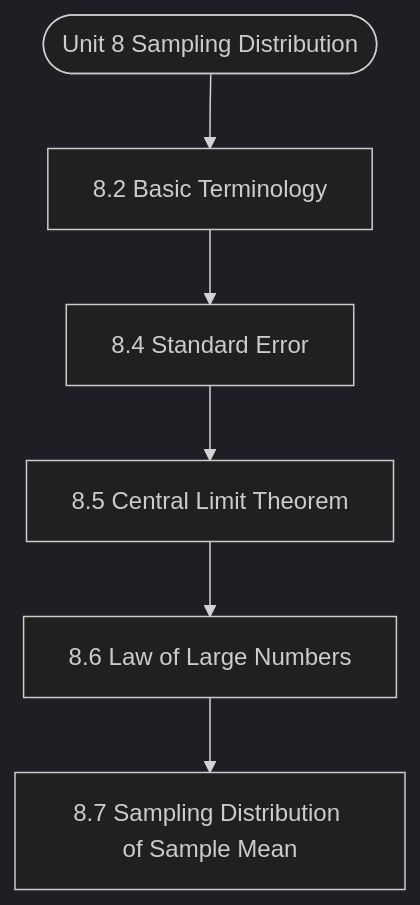
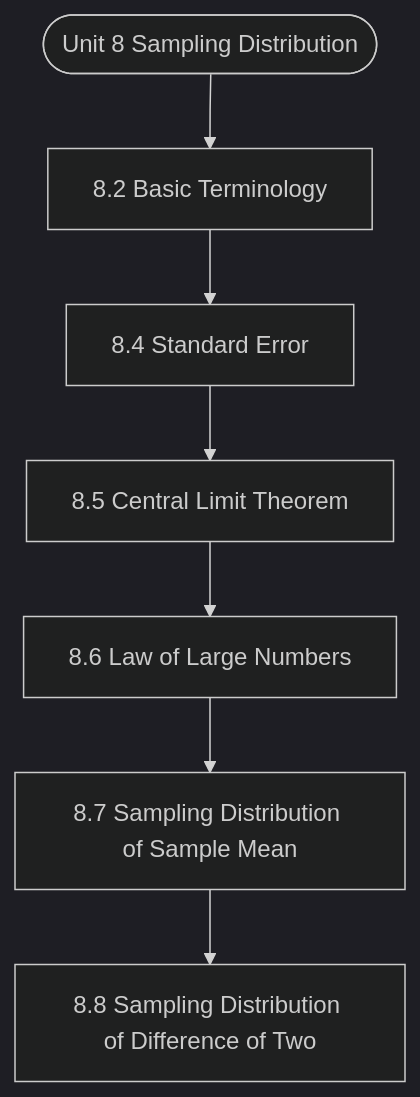
Before and after one commit to Asutosh-Coaching/mscdsa: the diagram in notes/Semester_2/MCS-066_Mathematical_Foundations_-_II/unit_08_Sampling_Distribution.md, drawn with Mermaid (dark theme). The commit also changed other lines of this file and 116 other files, not shown here.

````diff
--- a/notes/Semester_2/MCS-066_Mathematical_Foundations_-_II/unit_08_Sampling_Distribution.md
+++ b/notes/Semester_2/MCS-066_Mathematical_Foundations_-_II/unit_08_Sampling_Distribution.md
@@ -19,14 +19,16 @@
 ```mermaid
 flowchart TD
   Start(["Unit 8 Sampling Distribution"])
   N1["8.2 Basic Terminology"]
   N2["8.4 Standard Error"]
   N3["8.5 Central Limit Theorem"]
   N4["8.6 Law of Large Numbers"]
   N5["8.7 Sampling Distribution of Sample Mean"]
+  N6["8.8 Sampling Distribution of Difference of Two"]
   Start --> N1
   N1 --> N2
   N2 --> N3
   N3 --> N4
   N4 --> N5
+  N5 --> N6
 ```
````
